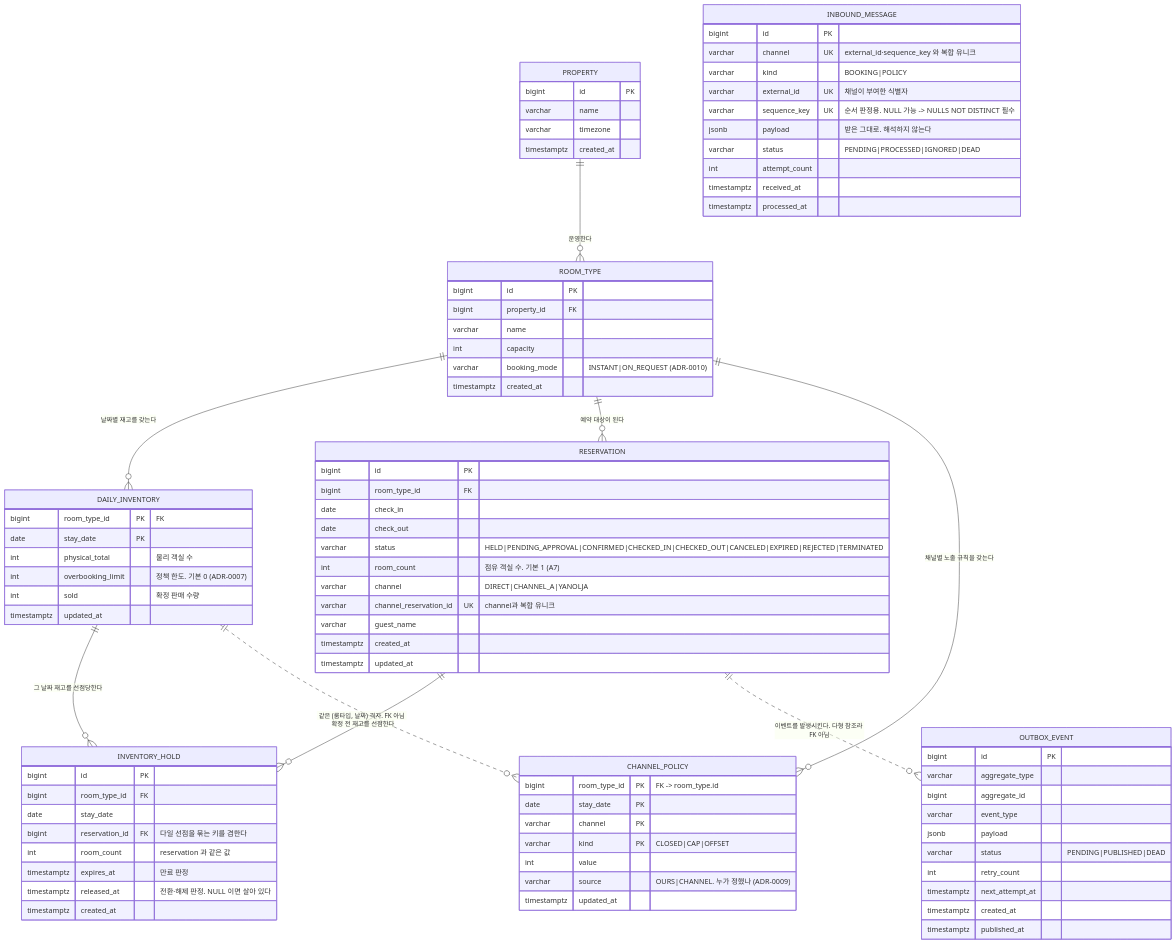
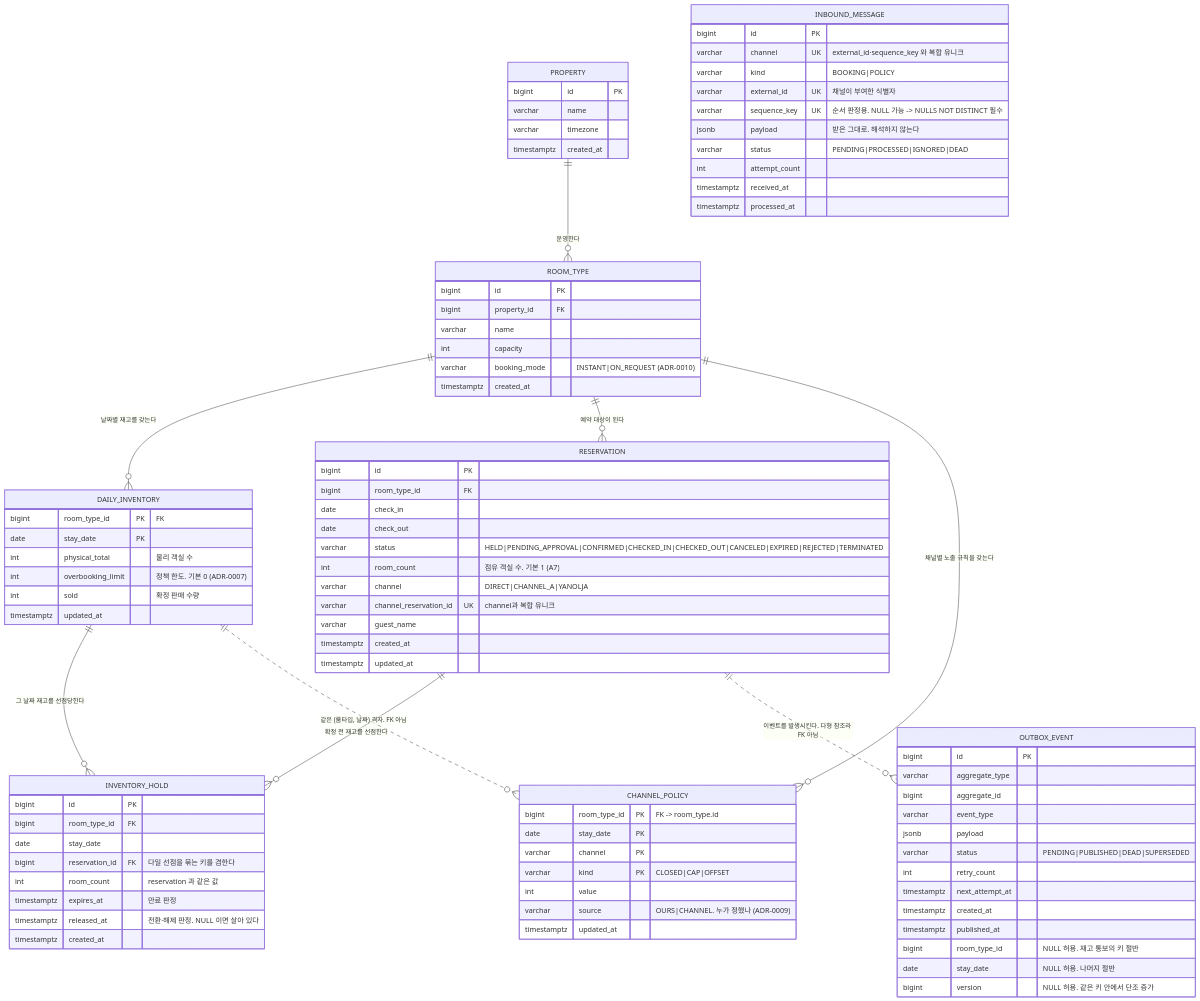
The first of 2 diagrams in docs/01-domain-model.md (PreAgile/stay-inventory-sync), drawn with Mermaid before and after one commit. The commit also changed 10 other files, not shown here.

```diff
--- a/docs/01-domain-model.md
+++ b/docs/01-domain-model.md
@@ -69,11 +69,14 @@
         bigint   aggregate_id
         varchar  event_type
         jsonb    payload
-        varchar  status       "PENDING|PUBLISHED|DEAD"
+        varchar  status       "PENDING|PUBLISHED|DEAD|SUPERSEDED"
         int      retry_count
         timestamptz next_attempt_at
         timestamptz created_at
         timestamptz published_at
+        bigint   room_type_id "NULL 허용. 재고 통보의 키 절반"
+        date     stay_date    "NULL 허용. 나머지 절반"
+        bigint   version      "NULL 허용. 같은 키 안에서 단조 증가"
     }
 
     CHANNEL_POLICY {
```
